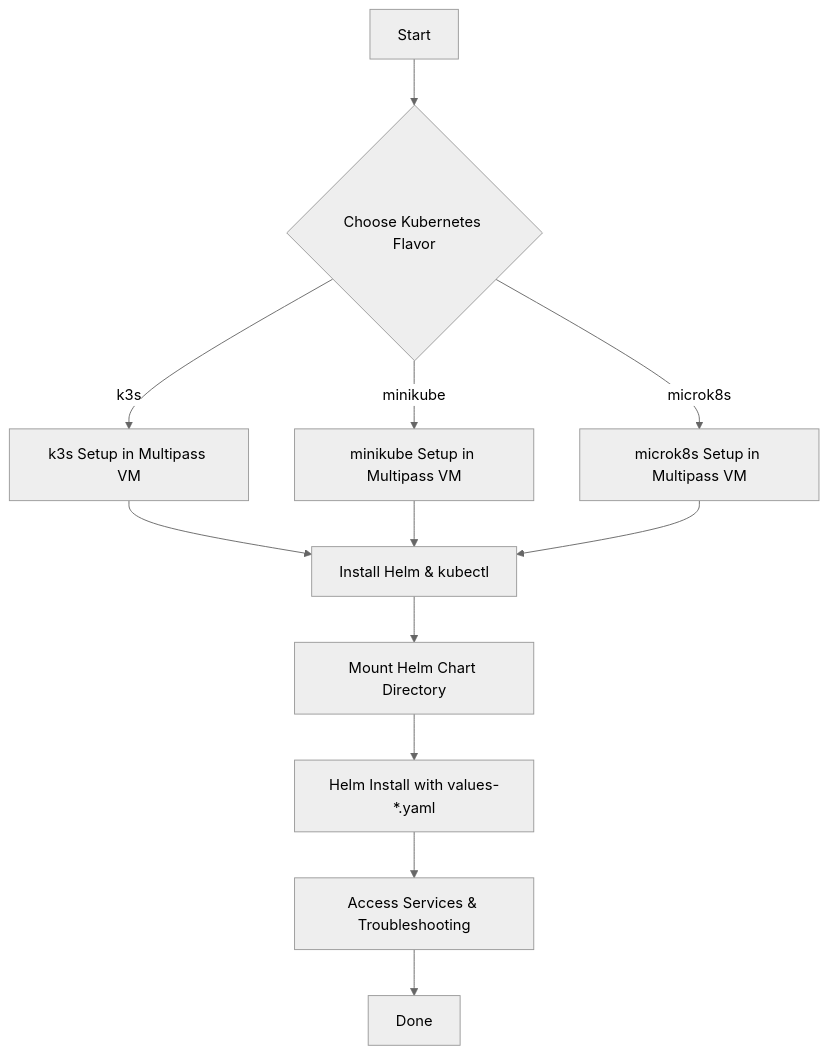
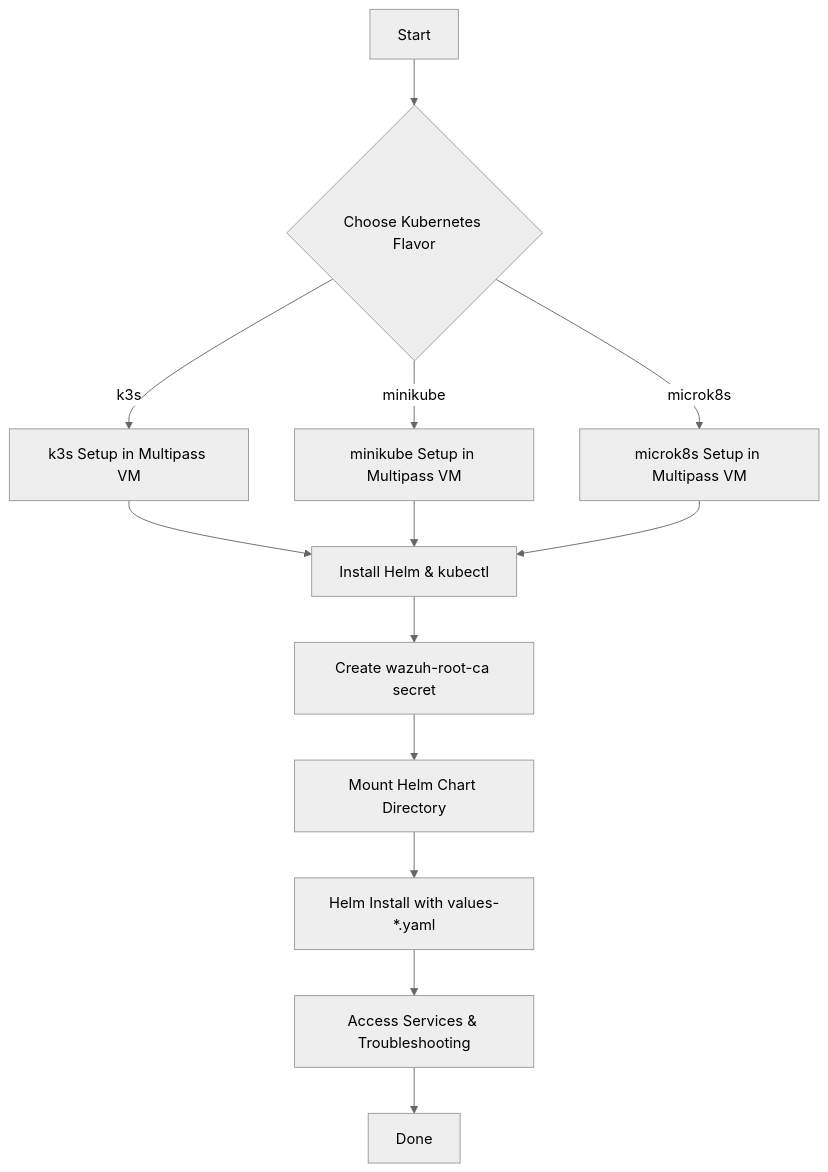
Before and after one commit to ADORSYS-GIS/wazuh-helm: the diagram in charts/wazuh/GETTING_STARTED.md, drawn with Mermaid (neutral theme). The commit also changed other lines of this file, not shown here.

Commit message:
doc: update GETTING_STARTED.md to include root CA creation and secret setup for Wazuh deployment

````diff
--- a/charts/wazuh/GETTING_STARTED.md
+++ b/charts/wazuh/GETTING_STARTED.md
@@ -47,14 +47,15 @@
 ```mermaid
 flowchart TD
     A[Start] --> B{Choose Kubernetes Flavor}
     B -->|k3s| C[k3s Setup in Multipass VM]
     B -->|minikube| D[minikube Setup in Multipass VM]
     B -->|microk8s| E[microk8s Setup in Multipass VM]
     C --> F[Install Helm & kubectl]
     D --> F
     E --> F
-    F --> G[Mount Helm Chart Directory]
-    G --> H[Helm Install with values-*.yaml]
-    H --> I[Access Services & Troubleshooting]
-    I --> J[Done]
+    F --> G[Create wazuh-root-ca secret]
+    G --> H[Mount Helm Chart Directory]
+    H --> I[Helm Install with values-*.yaml]
+    I --> J[Access Services & Troubleshooting]
+    J --> L[Done]
 ```
````
